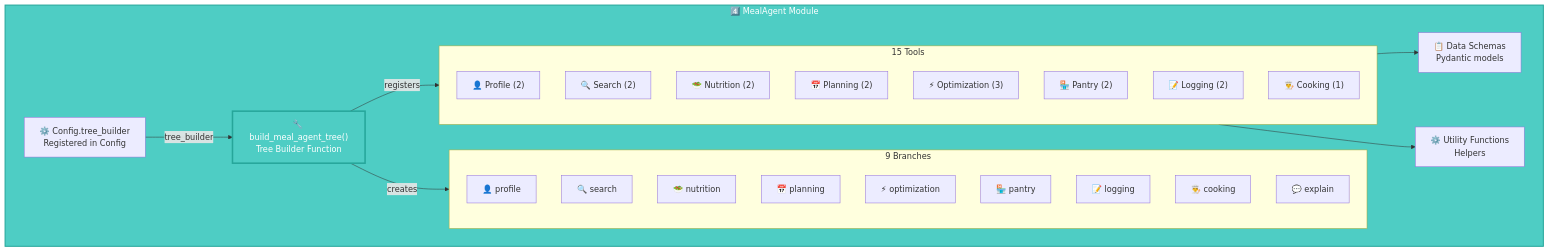
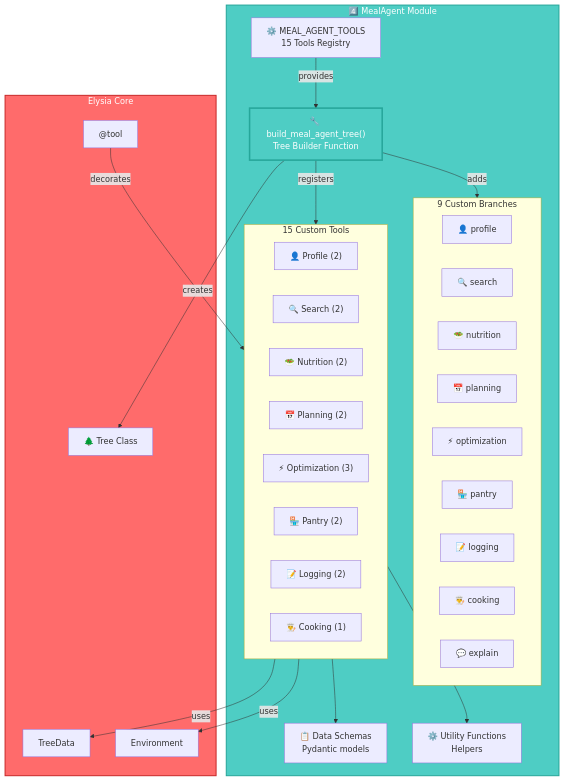
Before and after one commit to NCHzzz/MealAgent_Project: the fifth of 7 diagrams in docs/ai/design/module_architectures.md, drawn with Mermaid. The commit also changed other lines of this file and 1 other file, not shown here.

First line of the commit message:
Update architecture documentation for MealAgent and Agent Framework

````diff
--- a/docs/ai/design/module_architectures.md
+++ b/docs/ai/design/module_architectures.md
@@ -246,42 +289,54 @@
 ```mermaid
 graph TB
     subgraph MealAgent["4️⃣ MealAgent Module"]
         TreeBuilder["🔧 build_meal_agent_tree()<br/>Tree Builder Function"]
-        Config["⚙️ Config.tree_builder<br/>Registered in Config"]
+        Config["⚙️ MEAL_AGENT_TOOLS<br/>15 Tools Registry"]
         
-        subgraph Branches["9 Branches"]
+        subgraph Branches["9 Custom Branches"]
             ProfileBranch["👤 profile"]
             SearchBranch["🔍 search"]
             NutritionBranch["🥗 nutrition"]
             PlanningBranch["📅 planning"]
             OptimizationBranch["⚡ optimization"]
             PantryBranch["🏪 pantry"]
             LoggingBranch["📝 logging"]
             CookingBranch["👨‍🍳 cooking"]
             ExplainBranch["💬 explain"]
         end
         
-        subgraph Tools["15 Tools"]
+        subgraph Tools["15 Custom Tools"]
             ProfileTools["👤 Profile (2)"]
             SearchTools["🔍 Search (2)"]
             NutritionTools["🥗 Nutrition (2)"]
             PlanningTools["📅 Planning (2)"]
             OptimizationTools["⚡ Optimization (3)"]
             PantryTools["🏪 Pantry (2)"]
             LoggingTools["📝 Logging (2)"]
             CookingTool["👨‍🍳 Cooking (1)"]
         end
         
         Schemas["📋 Data Schemas<br/>Pydantic models"]
         Utils["⚙️ Utility Functions<br/>Helpers"]
     end
     
-    Config -->|"tree_builder"| TreeBuilder
-    TreeBuilder -->|"creates"| Branches
+    subgraph ElysiaCore["Elysia Core"]
+        TreeClass["🌲 Tree Class"]
+        ToolDecorator["@tool"]
+        TreeData["TreeData"]
+        Environment["Environment"]
+    end
+    
+    Config -->|"provides"| TreeBuilder
+    TreeBuilder -->|"creates"| TreeClass
+    TreeBuilder -->|"adds"| Branches
     TreeBuilder -->|"registers"| Tools
+    ToolDecorator -->|"decorates"| Tools
+    Tools -->|"uses"| TreeData
+    Tools -->|"uses"| Environment
     Tools --> Schemas
     Tools --> Utils
     
     style MealAgent fill:#4ecdc4,stroke:#26a69a,stroke-width:2px,color:#fff
     style TreeBuilder fill:#4ecdc4,stroke:#26a69a,stroke-width:3px,color:#fff
+    style ElysiaCore fill:#ff6b6b,stroke:#c92a2a,stroke-width:2px,color:#fff
 ```
````
